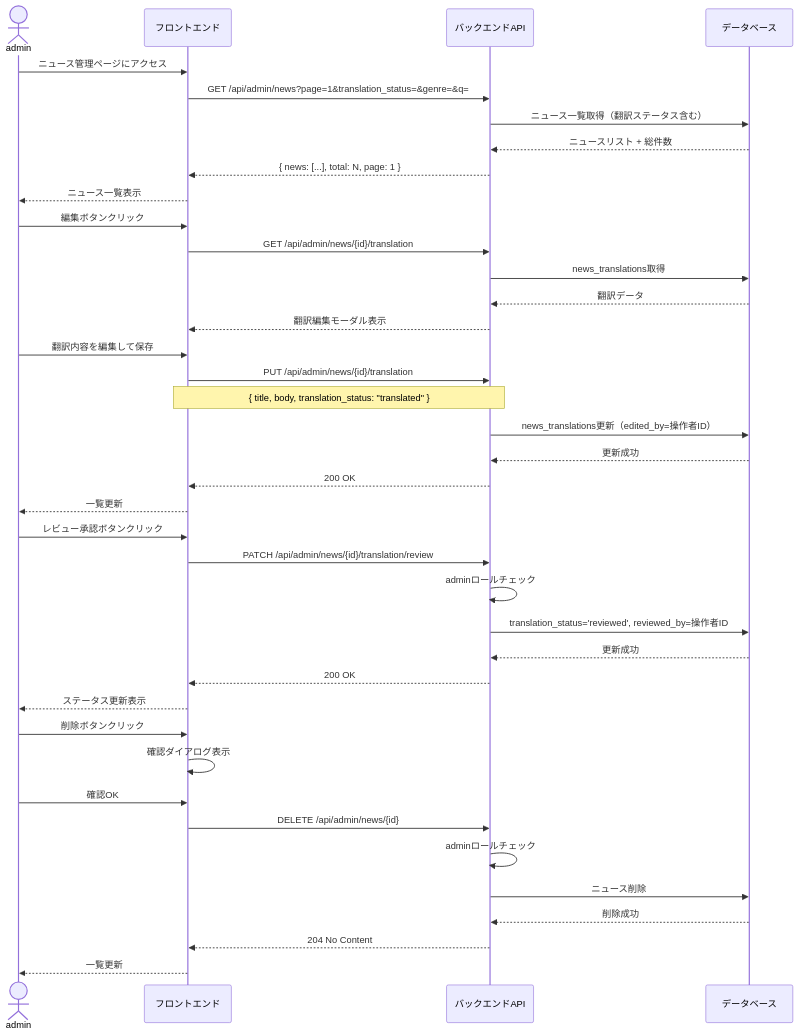
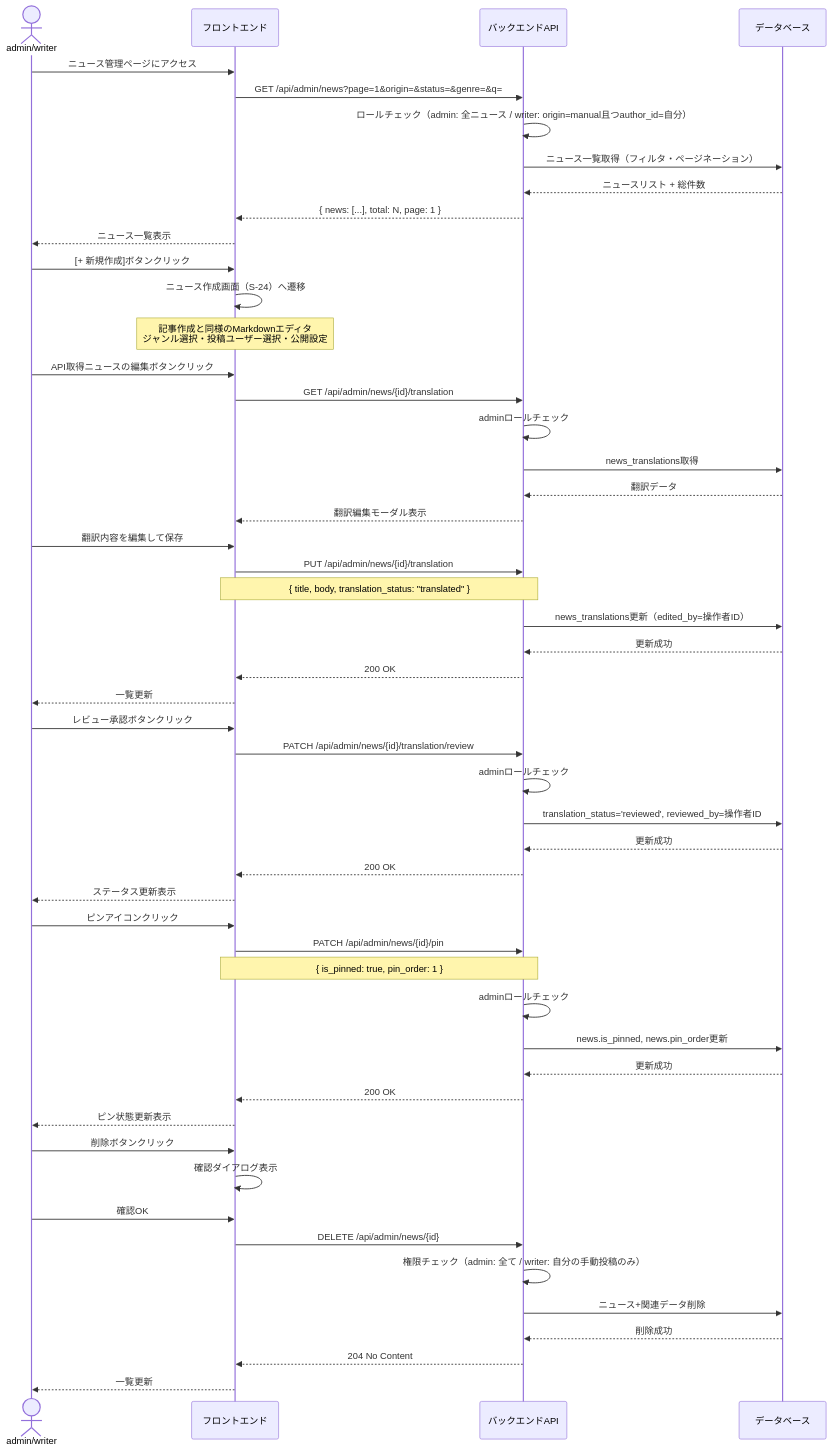
Before and after one commit to RRRRRRR-777/SikouLab: the fourth of 10 diagrams in docs/functions/admin/home.md, drawn with Mermaid. The commit also changed other lines of this file and 5 other files, not shown here.

````diff
--- a/docs/functions/admin/home.md
+++ b/docs/functions/admin/home.md
@@ -472,49 +558,66 @@
 ```mermaid
 sequenceDiagram
-    actor Admin as admin
+    actor User as admin/writer
     participant Front as フロントエンド
     participant API as バックエンドAPI
     participant DB as データベース
 
     %% ニュース一覧取得
-    Admin->>Front: ニュース管理ページにアクセス
-    Front->>API: GET /api/admin/news?page=1&translation_status=&genre=&q=
-    API->>DB: ニュース一覧取得（翻訳ステータス含む）
+    User->>Front: ニュース管理ページにアクセス
+    Front->>API: GET /api/admin/news?page=1&origin=&status=&genre=&q=
+    API->>API: ロールチェック（admin: 全ニュース / writer: origin=manual且つauthor_id=自分）
+    API->>DB: ニュース一覧取得（フィルタ・ページネーション）
     DB-->>API: ニュースリスト + 総件数
     API-->>Front: { news: [...], total: N, page: 1 }
-    Front-->>Admin: ニュース一覧表示
+    Front-->>User: ニュース一覧表示
 
-    %% 翻訳編集
-    Admin->>Front: 編集ボタンクリック
+    %% 手動ニュース新規作成
+    User->>Front: [+ 新規作成]ボタンクリック
+    Front->>Front: ニュース作成画面（S-24）へ遷移
+    Note over Front: 記事作成と同様のMarkdownエディタ<br>ジャンル選択・投稿ユーザー選択・公開設定
+
+    %% API取得ニュースの翻訳編集（adminのみ）
+    User->>Front: API取得ニュースの編集ボタンクリック
     Front->>API: GET /api/admin/news/{id}/translation
+    API->>API: adminロールチェック
     API->>DB: news_translations取得
     DB-->>API: 翻訳データ
     API-->>Front: 翻訳編集モーダル表示
-    Admin->>Front: 翻訳内容を編集して保存
+    User->>Front: 翻訳内容を編集して保存
     Front->>API: PUT /api/admin/news/{id}/translation
     Note over Front,API: { title, body, translation_status: "translated" }
     API->>DB: news_translations更新（edited_by=操作者ID）
     DB-->>API: 更新成功
     API-->>Front: 200 OK
-    Front-->>Admin: 一覧更新
+    Front-->>User: 一覧更新
 
     %% レビュー承認（adminのみ）
-    Admin->>Front: レビュー承認ボタンクリック
+    User->>Front: レビュー承認ボタンクリック
     Front->>API: PATCH /api/admin/news/{id}/translation/review
     API->>API: adminロールチェック
     API->>DB: translation_status='reviewed', reviewed_by=操作者ID
     DB-->>API: 更新成功
     API-->>Front: 200 OK
-    Front-->>Admin: ステータス更新表示
+    Front-->>User: ステータス更新表示
 
-    %% ニュース削除（adminのみ）
-    Admin->>Front: 削除ボタンクリック
+    %% ピン設定/解除（adminのみ）
+    User->>Front: ピンアイコンクリック
+    Front->>API: PATCH /api/admin/news/{id}/pin
+    Note over Front,API: { is_pinned: true, pin_order: 1 }
+    API->>API: adminロールチェック
+    API->>DB: news.is_pinned, news.pin_order更新
+    DB-->>API: 更新成功
+    API-->>Front: 200 OK
+    Front-->>User: ピン状態更新表示
+
+    %% ニュース削除
+    User->>Front: 削除ボタンクリック
     Front->>Front: 確認ダイアログ表示
-    Admin->>Front: 確認OK
+    User->>Front: 確認OK
     Front->>API: DELETE /api/admin/news/{id}
-    API->>API: adminロールチェック
-    API->>DB: ニュース削除
+    API->>API: 権限チェック（admin: 全て / writer: 自分の手動投稿のみ）
+    API->>DB: ニュース+関連データ削除
     DB-->>API: 削除成功
     API-->>Front: 204 No Content
-    Front-->>Admin: 一覧更新
+    Front-->>User: 一覧更新
 ```
````
